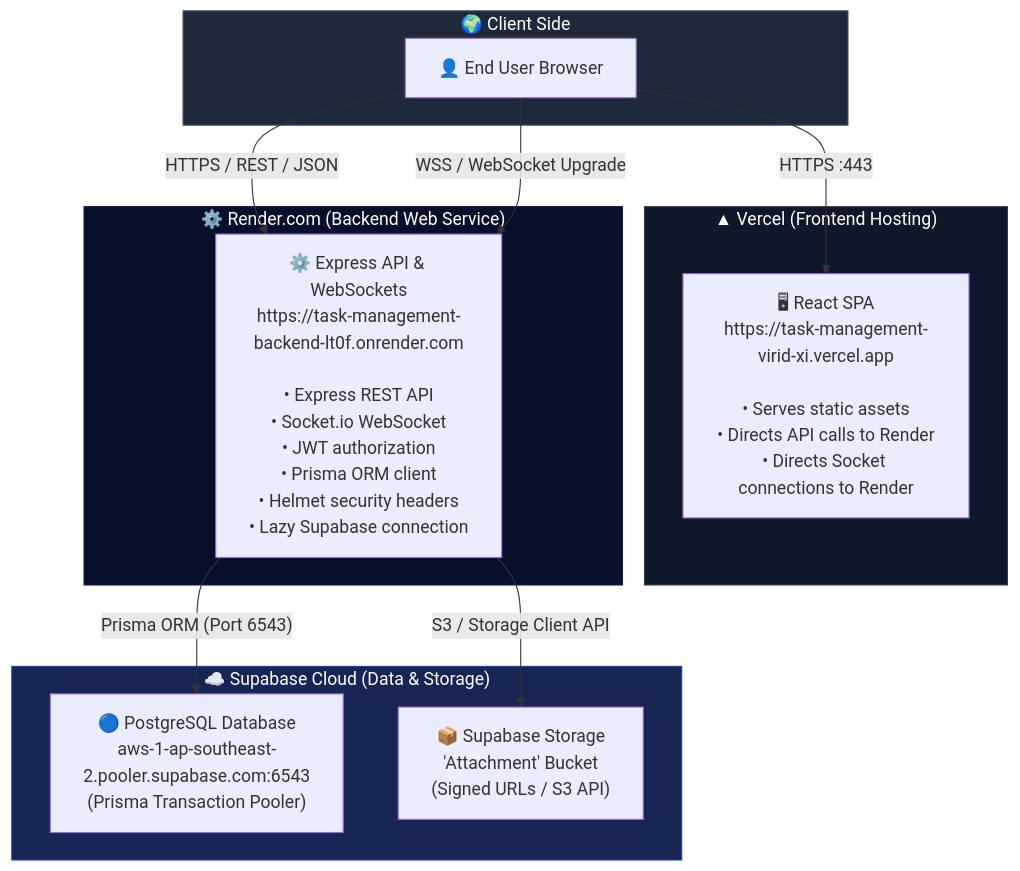
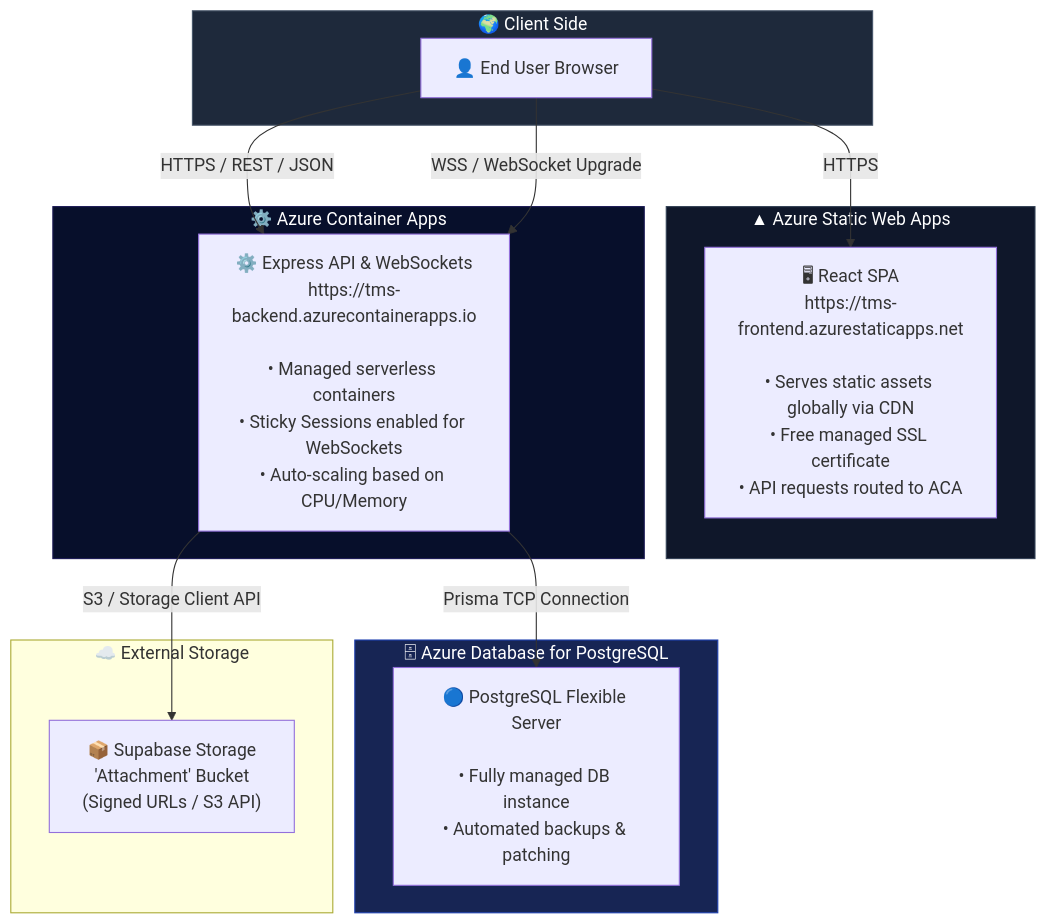
One commit to Dayaleeswaran/TaskManagement changed the seventh of 9 diagrams in docs/system_documentation.md. Above: the diagram before and after it, drawn with Mermaid. The commit also changed other lines of this file and 7 other files, not shown here.

````diff
--- a/docs/system_documentation.md
+++ b/docs/system_documentation.md
@@ -881,30 +913,33 @@
 ```mermaid
 graph TB
     subgraph CLIENT["🌍 Client Side"]
         USER["👤 End User Browser"]
     end
 
-    subgraph VERCEL["▲ Vercel (Frontend Hosting)"]
-        FE_PROD["🖥 React SPA\nhttps://task-management-virid-xi.vercel.app\n\n• Serves static assets\n• Directs API calls to Render\n• Directs Socket connections to Render"]
+    subgraph ASWA["▲ Azure Static Web Apps"]
+        FE_PROD["🖥 React SPA\nhttps://tms-frontend.azurestaticapps.net\n\n• Serves static assets globally via CDN\n• Free managed SSL certificate\n• API requests routed to ACA"]
     end
 
-    subgraph RENDER["⚙️ Render.com (Backend Web Service)"]
-        BE_PROD["⚙️ Express API & WebSockets\nhttps://task-management-backend-lt0f.onrender.com\n\n• Express REST API\n• Socket.io WebSocket\n• JWT authorization\n• Prisma ORM client\n• Helmet security headers\n• Lazy Supabase connection"]
+    subgraph ACA["⚙️ Azure Container Apps"]
+        BE_PROD["⚙️ Express API & WebSockets\nhttps://tms-backend.azurecontainerapps.io\n\n• Managed serverless containers\n• Sticky Sessions enabled for WebSockets\n• Auto-scaling based on CPU/Memory"]
     end
 
-    subgraph SUPABASE["☁️ Supabase Cloud (Data & Storage)"]
-        SB_DB["🔵 PostgreSQL Database\naws-1-ap-southeast-2.pooler.supabase.com:6543\n(Prisma Transaction Pooler)"]
+    subgraph AZURE_DB["🗄 Azure Database for PostgreSQL"]
+        DB_PROD["🔵 PostgreSQL Flexible Server\n\n• Fully managed DB instance\n• Automated backups & patching"]
+    end
+
+    subgraph SUPABASE["☁️ External Storage"]
         SB_FILES["📦 Supabase Storage\n'Attachment' Bucket\n(Signed URLs / S3 API)"]
     end
 
-    USER -->|"HTTPS :443"| FE_PROD
+    USER -->|"HTTPS"| FE_PROD
     USER -->|"HTTPS / REST / JSON"| BE_PROD
     USER -->|"WSS / WebSocket Upgrade"| BE_PROD
-    BE_PROD -->|"Prisma ORM (Port 6543)"| SB_DB
+    BE_PROD -->|"Prisma TCP Connection"| DB_PROD
     BE_PROD -->|"S3 / Storage Client API"| SB_FILES
 
     style CLIENT fill:#1e293b,stroke:#475569,color:#fff
-    style VERCEL fill:#0f172a,stroke:#334155,color:#fff
-    style RENDER fill:#070f2b,stroke:#1b1a55,color:#fff
-    style SUPABASE fill:#172554,stroke:#1e40af,color:#fff
+    style ASWA fill:#0f172a,stroke:#334155,color:#fff
+    style ACA fill:#070f2b,stroke:#1b1a55,color:#fff
+    style AZURE_DB fill:#172554,stroke:#1e40af,color:#fff
 ```
````
